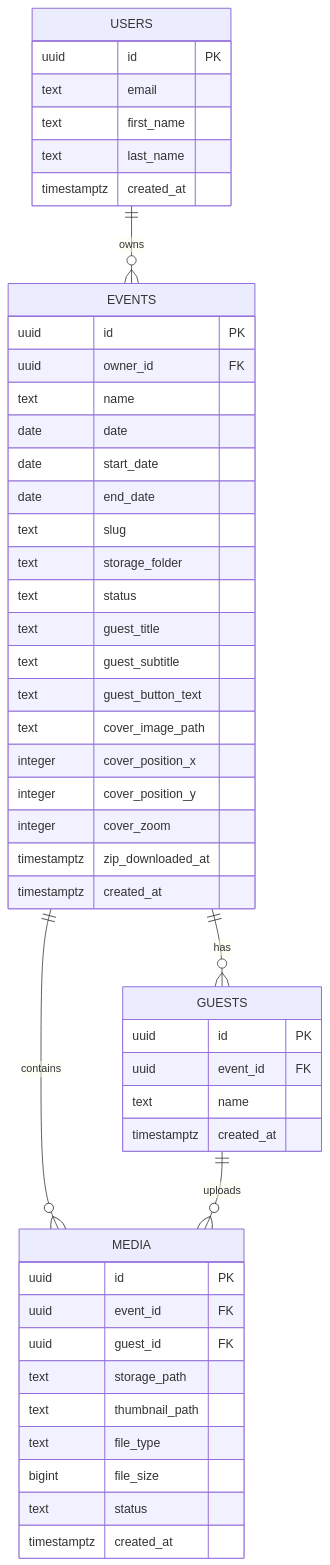
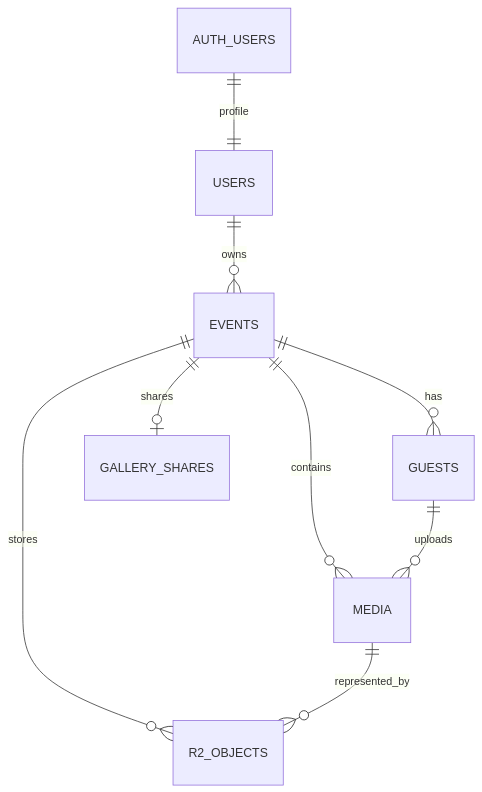
One commit to GKarans/Event-Photo-SaaS changed the diagram in docs/database-model.md. Above: the diagram before and after it, drawn with Mermaid. The commit also changed other lines of this file and 55 other files, not shown here.

````diff
--- a/docs/database-model.md
+++ b/docs/database-model.md
@@ -26,55 +9,11 @@
 ```mermaid
 erDiagram
+    AUTH_USERS ||--|| USERS : profile
     USERS ||--o{ EVENTS : owns
     EVENTS ||--o{ GUESTS : has
     EVENTS ||--o{ MEDIA : contains
     GUESTS ||--o{ MEDIA : uploads
-
-    USERS {
-        uuid id PK
-        text email
-        text first_name
-        text last_name
-        timestamptz created_at
-    }
-
-    EVENTS {
-        uuid id PK
-        uuid owner_id FK
-        text name
-        date date
-        date start_date
-        date end_date
-        text slug
-        text storage_folder
-        text status
-        text guest_title
-        text guest_subtitle
-        text guest_button_text
-        text cover_image_path
-        integer cover_position_x
-        integer cover_position_y
-        integer cover_zoom
-        timestamptz zip_downloaded_at
-        timestamptz created_at
-    }
-
-    GUESTS {
-        uuid id PK
-        uuid event_id FK
-        text name
-        timestamptz created_at
-    }
-
-    MEDIA {
-        uuid id PK
-        uuid event_id FK
-        uuid guest_id FK
-        text storage_path
-        text thumbnail_path
-        text file_type
-        bigint file_size
-        text status
-        timestamptz created_at
-    }
+    EVENTS ||--o| GALLERY_SHARES : shares
+    EVENTS ||--o{ R2_OBJECTS : stores
+    MEDIA ||--o{ R2_OBJECTS : represented_by
 ```
````
